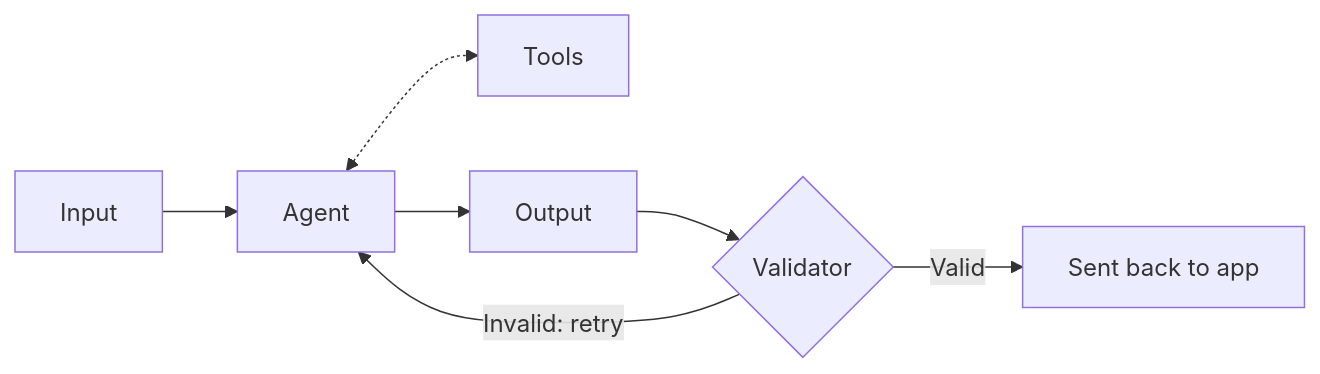
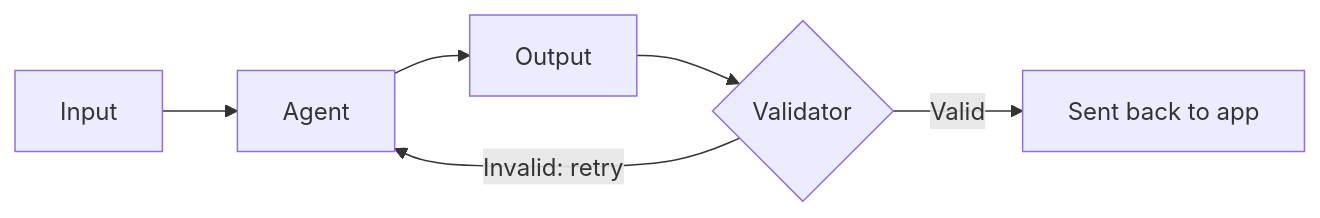
The diagram in docs/bonus-ai/bonus-ai.md (MarishLakshmanan/reekon-tools-challenge-2), drawn with Mermaid before and after one commit. The commit also changed other lines of this file and 6 other files, not shown here.

````diff
--- a/docs/bonus-ai/bonus-ai.md
+++ b/docs/bonus-ai/bonus-ai.md
@@ -36,9 +36,8 @@
 ```mermaid
 flowchart LR
     A["Input"] --> B["Agent"]
-    B <-.-> T["Tools"]
     B --> C["Output"]
     C --> D{"Validator"}
     D -- "Invalid: retry" --> B
     D -- "Valid" --> E["Sent back to app"]
 ```
````
